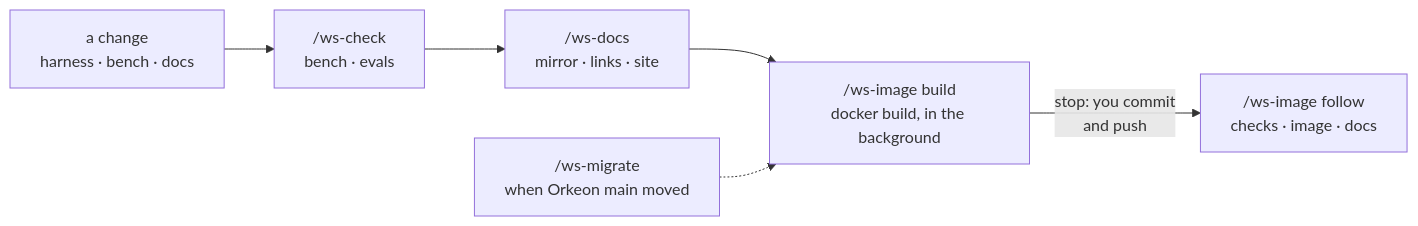
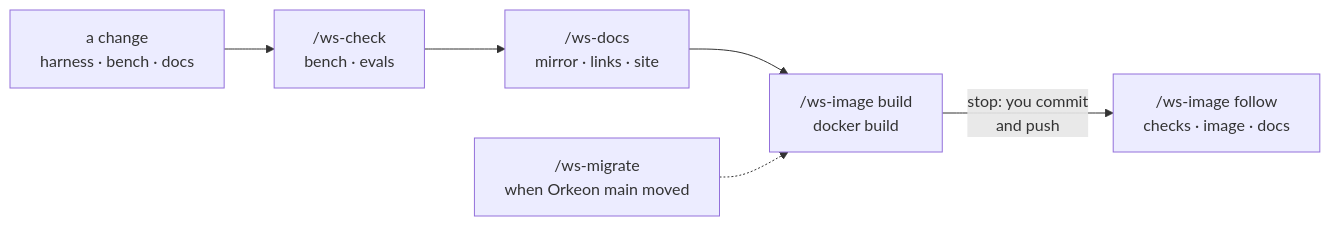
One commit to Orkeon/orkeon-workshop changed the diagram in docs/workflows/maintain-the-workshop.md. Above: the diagram before and after it, drawn with Mermaid. The commit also changed other lines of this file and 52 other files, not shown here.

````diff
--- a/docs/workflows/maintain-the-workshop.md
+++ b/docs/workflows/maintain-the-workshop.md
@@ -18,8 +19,8 @@
 ```mermaid
 flowchart LR
     c["a change<br/>harness · bench · docs"] --> k["/ws-check<br/>bench · evals"]
     k --> d["/ws-docs<br/>mirror · links · site"]
-    d --> b["/ws-image build<br/>docker build, in the background"]
+    d --> b["/ws-image build<br/>docker build"]
     b -->|"stop: you commit<br/>and push"| f["/ws-image follow<br/>checks · image · docs"]
     m["/ws-migrate<br/>when Orkeon main moved"] -.-> b
 ```
````
